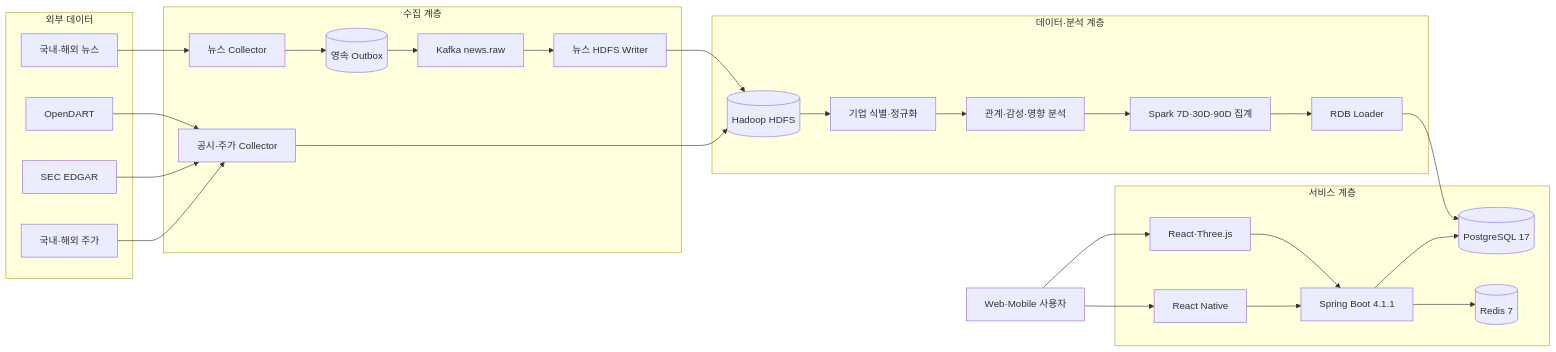
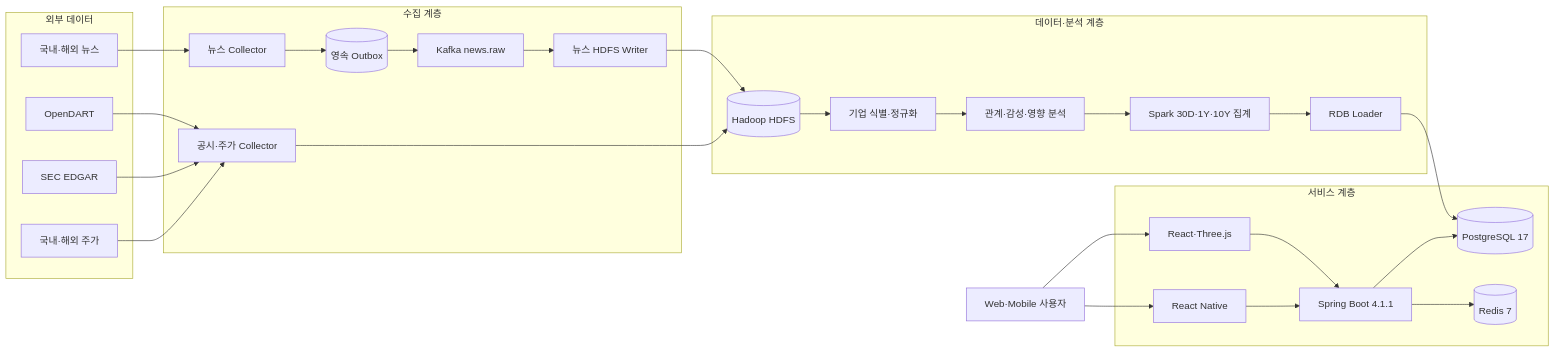
The diagram in docs/architecture.md (swcho25/COSMOS), drawn with Mermaid before and after one commit. The commit also changed other lines of this file and 19 other files, not shown here.

````diff
--- a/docs/architecture.md
+++ b/docs/architecture.md
@@ -11,46 +11,46 @@
 ```mermaid
 flowchart LR
     User[Web·Mobile 사용자]
 
     subgraph Sources[외부 데이터]
         News[국내·해외 뉴스]
         DART[OpenDART]
         SEC[SEC EDGAR]
         Price[국내·해외 주가]
     end
 
     subgraph Ingestion[수집 계층]
         NewsCollector[뉴스 Collector]
         Outbox[(영속 Outbox)]
         Kafka[Kafka news.raw]
         NewsWriter[뉴스 HDFS Writer]
         BatchCollector[공시·주가 Collector]
     end
 
     subgraph DataLake[데이터·분석 계층]
         HDFS[(Hadoop HDFS)]
         Entity[기업 식별·정규화]
         Relation[관계·감성·영향 분석]
-        Spark[Spark 7D·30D·90D 집계]
+        Spark[Spark 30D·1Y·10Y 집계]
         Loader[RDB Loader]
     end
 
     subgraph Service[서비스 계층]
         PG[(PostgreSQL 17)]
         Redis[(Redis 7)]
         API[Spring Boot 4.1.1]
         Web[React·Three.js]
         Mobile[React Native]
     end
 
     News --> NewsCollector --> Outbox --> Kafka --> NewsWriter --> HDFS
     DART --> BatchCollector
     SEC --> BatchCollector
     Price --> BatchCollector
     BatchCollector --> HDFS
     HDFS --> Entity --> Relation --> Spark --> Loader --> PG
     User --> Web --> API
     User --> Mobile --> API
     API --> PG
     API --> Redis
 ```
````
